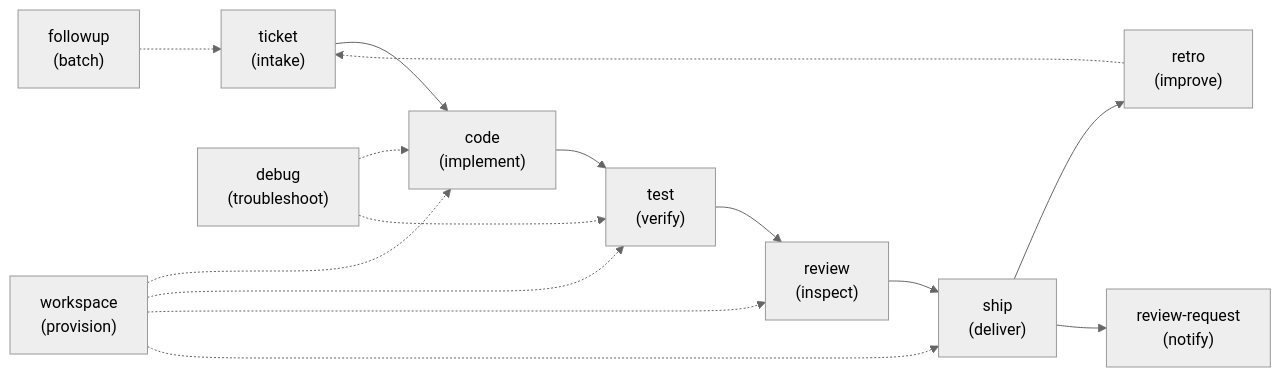
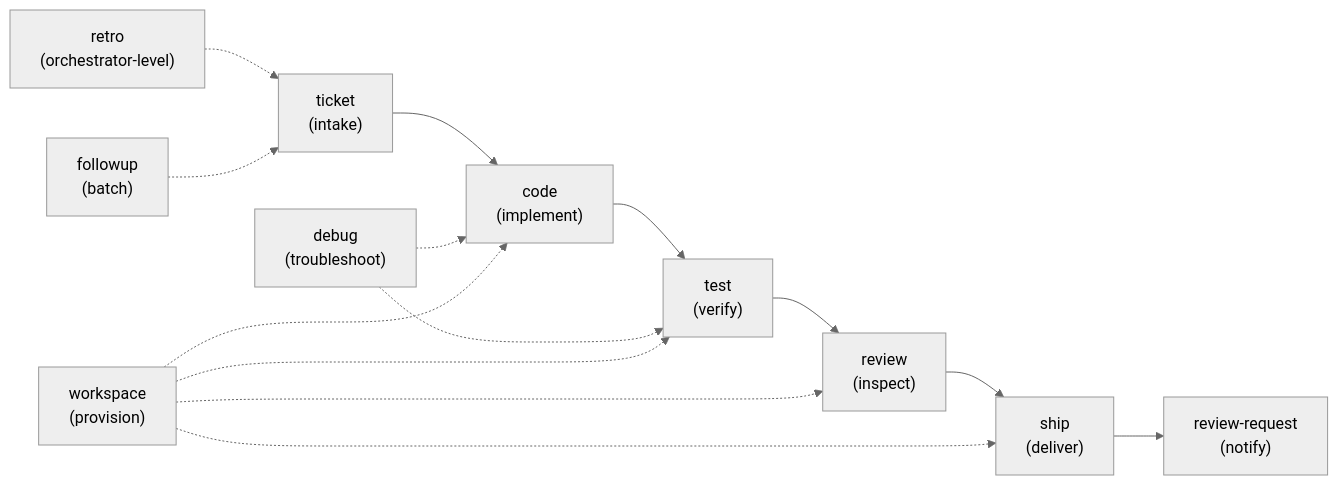
Before and after one commit to souliane/teatree: the fifth of 5 diagrams in README.md, drawn with Mermaid (neutral theme). The commit also changed other lines of this file and 11 other files, not shown here.

Commit message:
feat(ship): retro is orchestrator-only; drop per-ticket retro shipping-gate (#837)

````diff
--- a/README.md
+++ b/README.md
@@ -217,15 +217,14 @@
 ```mermaid
 graph LR
   ticket["ticket<br/>(intake)"] --> code["code<br/>(implement)"]
   code --> test["test<br/>(verify)"]
   test --> review["review<br/>(inspect)"]
   review --> ship["ship<br/>(deliver)"]
-  ship --> retro["retro<br/>(improve)"]
-  retro -.-> ticket
+  retro["retro<br/>(orchestrator-level)"] -.-> ticket
 
   ship --> rr["review-request<br/>(notify)"]
   debug["debug<br/>(troubleshoot)"] -.-> code
   debug -.-> test
   followup["followup<br/>(batch)"] -.-> ticket
   workspace["workspace<br/>(provision)"] -..-> code & test & review & ship
 ```
````
